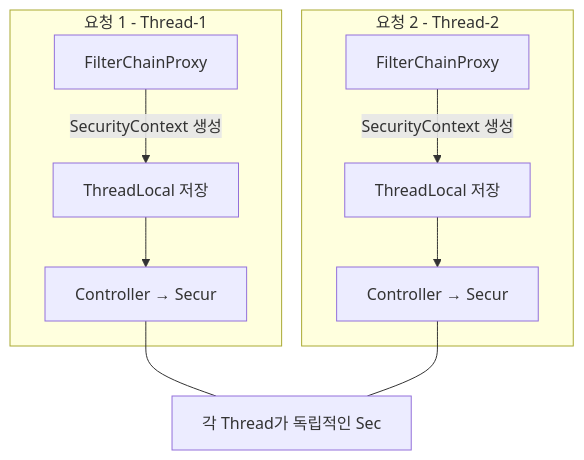
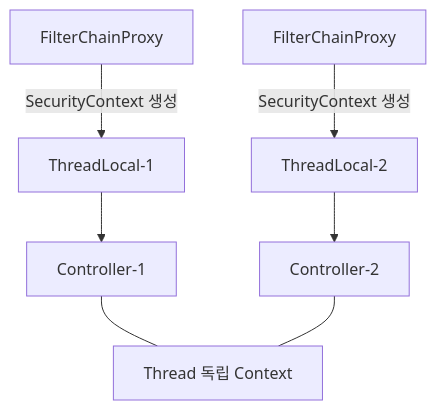
The fourth of 5 diagrams in _posts/spring/2026-05-01-spring-security-architecture.md (yjkim2015/yjkim2015.github.io), drawn with Mermaid before and after one commit. The commit also changed other lines of this file and 155 other files, not shown here.

First line of the commit message:
Mermaid 전면 수정: subgraph 제거, participant/노드/줄수 축소 (342블록)

````diff
--- a/_posts/spring/2026-05-01-spring-security-architecture.md
+++ b/_posts/spring/2026-05-01-spring-security-architecture.md
@@ -183,13 +179,9 @@
 ```mermaid
 graph TD
-    subgraph "요청 1 - Thread-1"
-        A1["FilterChainProxy"] -->|"SecurityContext 생성"| B1["ThreadLocal 저장"]
-        B1 --> C1["Controller → Secur"]
-    end
-    subgraph "요청 2 - Thread-2"
-        A2["FilterChainProxy"] -->|"SecurityContext 생성"| B2["ThreadLocal 저장"]
-        B2 --> C2["Controller → Secur"]
-    end
-    C1 --- NOTE["각 Thread가 독립적인 Sec"]
+    A1["FilterChainProxy"] -->|"SecurityContext 생성"| B1["ThreadLocal-1"]
+    B1 --> C1["Controller-1"]
+    A2["FilterChainProxy"] -->|"SecurityContext 생성"| B2["ThreadLocal-2"]
+    B2 --> C2["Controller-2"]
+    C1 --- NOTE["Thread 독립 Context"]
     C2 --- NOTE
 ```
````
